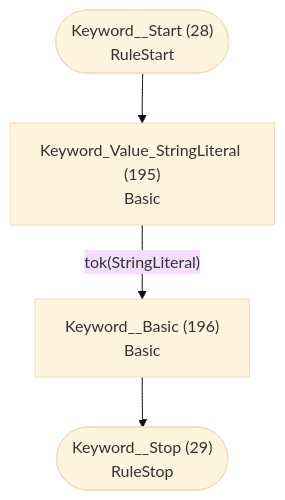
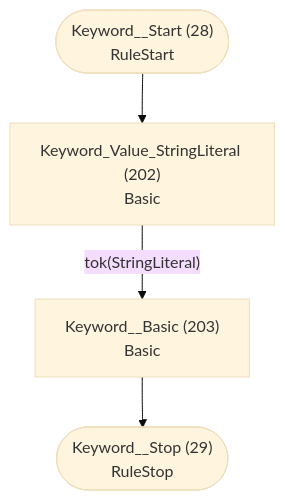
Before and after one commit to TypeFox/fastbelt: diagram 15 of 26 in internal/grammar/atn.md, drawn with Mermaid (base theme). The commit also changed other lines of this file and 25 other files, not shown here.

````diff
--- a/internal/grammar/atn.md
+++ b/internal/grammar/atn.md
@@ -461,11 +479,11 @@
 ```mermaid
 flowchart TD
     q28(["Keyword__Start (28)<br/>RuleStart"])
     q29(["Keyword__Stop (29)<br/>RuleStop"])
-    q195["Keyword_Value_StringLiteral (195)<br/>Basic<br/>"]
-    q196["Keyword__Basic (196)<br/>Basic<br/>"]
+    q202["Keyword_Value_StringLiteral (202)<br/>Basic<br/>"]
+    q203["Keyword__Basic (203)<br/>Basic<br/>"]
 
-    q28 --> q195
-    q195 -->|"tok(StringLiteral)"| q196
-    q196 --> q29
+    q28 --> q202
+    q202 -->|"tok(StringLiteral)"| q203
+    q203 --> q29
 ```
````
